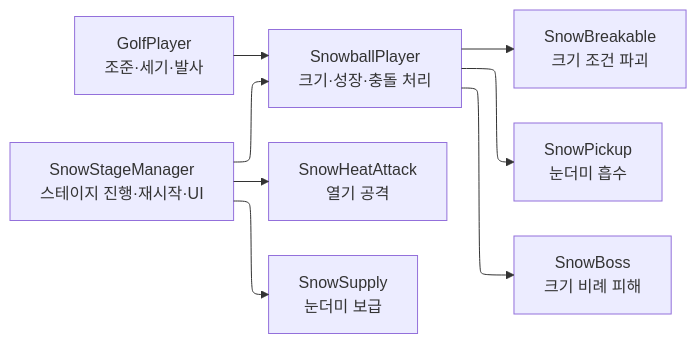
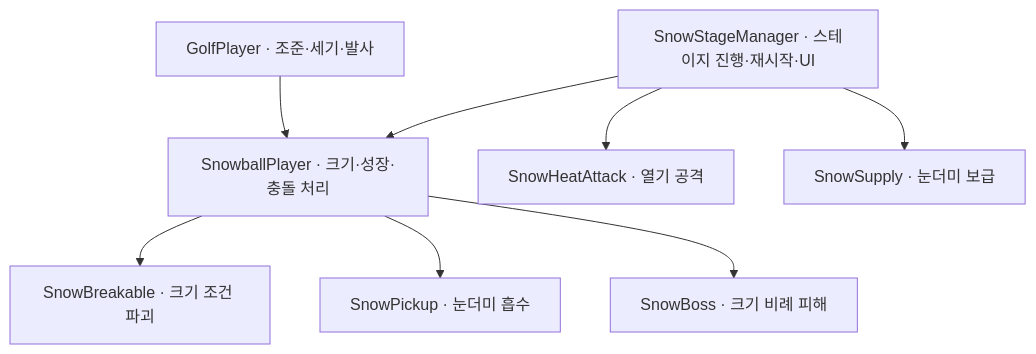
The fourth of 4 diagrams in src/4-snowball-golf/기술문서.md (Lets-Gitit/portfolio), drawn with Mermaid before and after one commit. The commit also changed other lines of this file and 8 other files, not shown here.

````diff
--- a/src/4-snowball-golf/기술문서.md
+++ b/src/4-snowball-golf/기술문서.md
@@ -124,14 +376,10 @@
 ```mermaid
----
-config:
-  layout: elk
----
-flowchart LR
-    GP["GolfPlayer<br/>조준·세기·발사"] --> SP["SnowballPlayer<br/>크기·성장·충돌 처리"]
-    SP --> SB["SnowBreakable<br/>크기 조건 파괴"]
-    SP --> PK["SnowPickup<br/>눈더미 흡수"]
-    SP --> BS["SnowBoss<br/>크기 비례 피해"]
-    SM["SnowStageManager<br/>스테이지 진행·재시작·UI"] --> SP
-    SM --> HA["SnowHeatAttack<br/>열기 공격"]
-    SM --> SU["SnowSupply<br/>눈더미 보급"]
+flowchart TD
+    SM["SnowStageManager · 스테이지 진행·재시작·UI"] --> SP
+    SM --> HA["SnowHeatAttack · 열기 공격"]
+    SM --> SU["SnowSupply · 눈더미 보급"]
+    GP["GolfPlayer · 조준·세기·발사"] --> SP["SnowballPlayer · 크기·성장·충돌 처리"]
+    SP --> SB["SnowBreakable · 크기 조건 파괴"]
+    SP --> PK["SnowPickup · 눈더미 흡수"]
+    SP --> BS["SnowBoss · 크기 비례 피해"]
 ```
````
